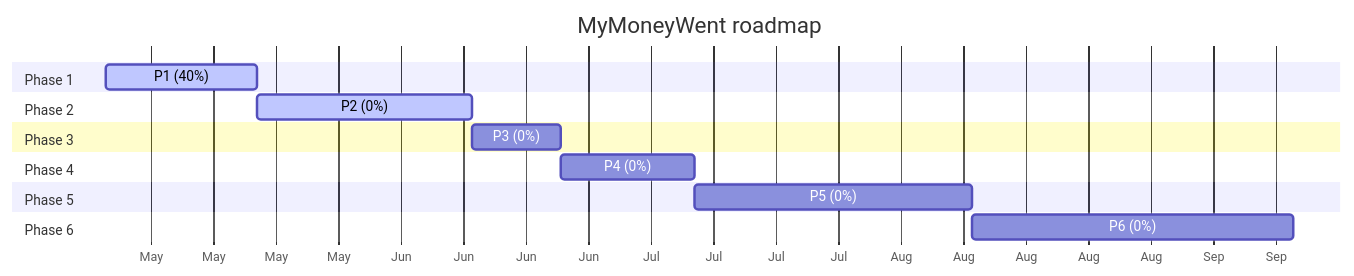
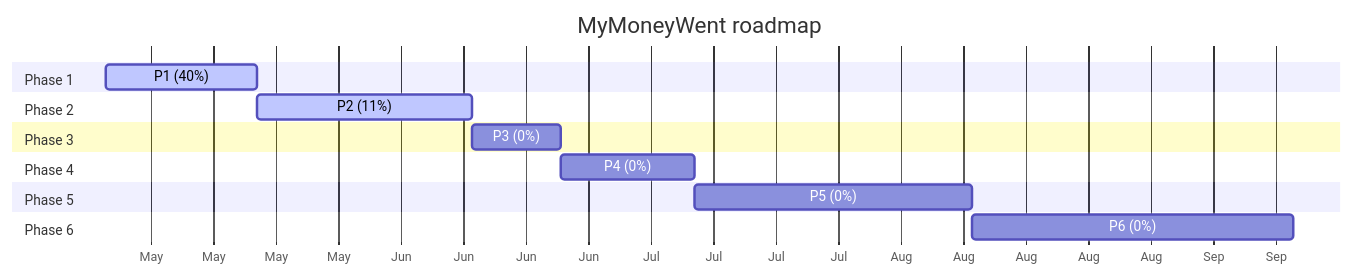
Before and after one commit to maingocanh1702/my-money-went-bot: the diagram in docs/dashboard.md, drawn with Mermaid. The commit also changed other lines of this file and 1 other file, not shown here.

````diff
--- a/docs/dashboard.md
+++ b/docs/dashboard.md
@@ -98,18 +98,18 @@
 ```mermaid
 gantt
     title MyMoneyWent roadmap
     dateFormat YYYY-MM-DD
     axisFormat %b
     section Phase 1
     P1 (40%) : active, 2026-05-05, 2026-05-22
     section Phase 2
-    P2 (0%) : active, 2026-05-22, 2026-06-15
+    P2 (11%) : active, 2026-05-22, 2026-06-15
     section Phase 3
     P3 (0%) : 2026-06-15, 2026-06-25
     section Phase 4
     P4 (0%) : 2026-06-25, 2026-07-10
     section Phase 5
     P5 (0%) : 2026-07-10, 2026-08-10
     section Phase 6
     P6 (0%) : 2026-08-10, 2026-09-15
 ```
````
